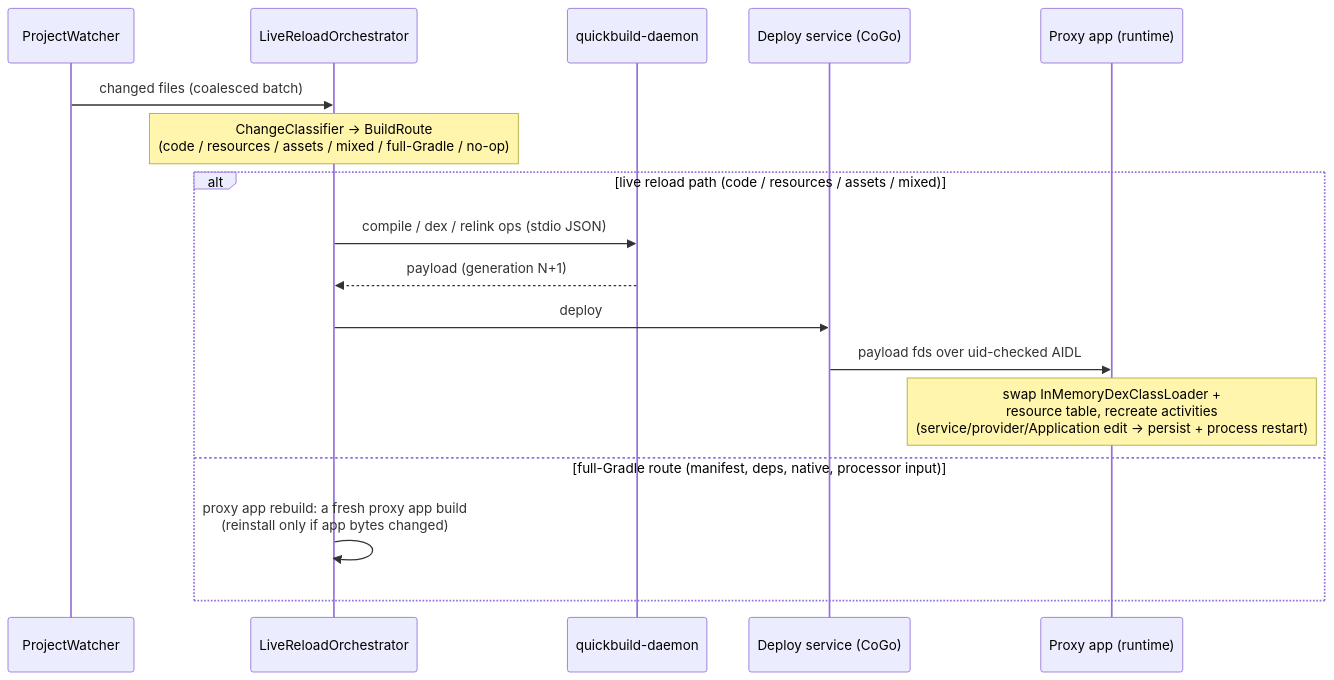
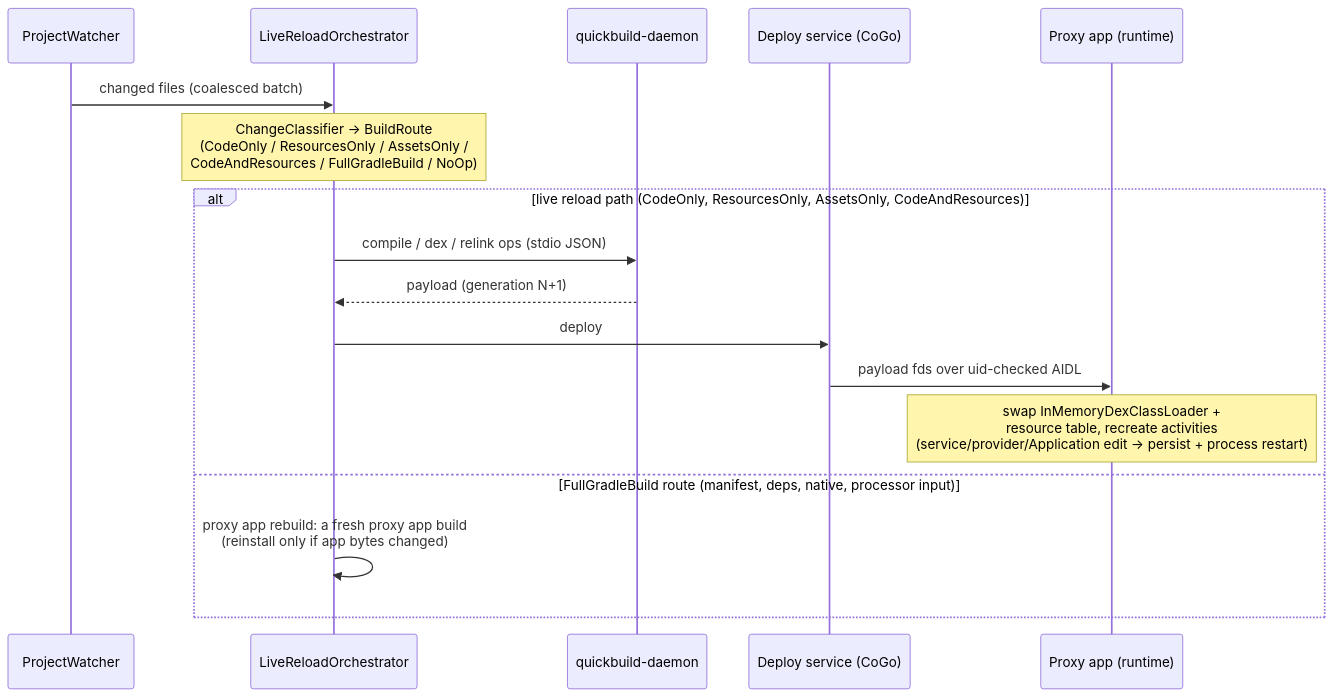
Before and after one commit to appdevforall/CodeOnTheGo: the second of 10 diagrams in quick-build/README.md, drawn with Mermaid. The commit also changed other lines of this file and 1 other file, not shown here.

First line of the commit message:
ADFA-4128: docs - README carries the full pipeline DFDs + maintainer guide

````diff
--- a/quick-build/README.md
+++ b/quick-build/README.md
@@ -14,19 +101,19 @@
 ```mermaid
 sequenceDiagram
     participant W as ProjectWatcher
     participant O as LiveReloadOrchestrator
     participant D as quickbuild-daemon
     participant S as Deploy service (CoGo)
     participant T as Proxy app (runtime)
     W->>O: changed files (coalesced batch)
-    Note over O: ChangeClassifier -> BuildRoute<br/>(code / resources / assets / mixed / full-Gradle / no-op)
-    alt live reload path (code / resources / assets / mixed)
+    Note over O: ChangeClassifier -> BuildRoute<br/>(CodeOnly / ResourcesOnly / AssetsOnly /<br/>CodeAndResources / FullGradleBuild / NoOp)
+    alt live reload path (CodeOnly, ResourcesOnly, AssetsOnly, CodeAndResources)
         O->>D: compile / dex / relink ops (stdio JSON)
         D-->>O: payload (generation N+1)
         O->>S: deploy
         S->>T: payload fds over uid-checked AIDL
         Note over T: swap InMemoryDexClassLoader +<br/>resource table, recreate activities<br/>(service/provider/Application edit -> persist + process restart)
-    else full-Gradle route (manifest, deps, native, processor input)
+    else FullGradleBuild route (manifest, deps, native, processor input)
         O->>O: proxy app rebuild: a fresh proxy app build<br/>(reinstall only if app bytes changed)
     end
 ```
````
